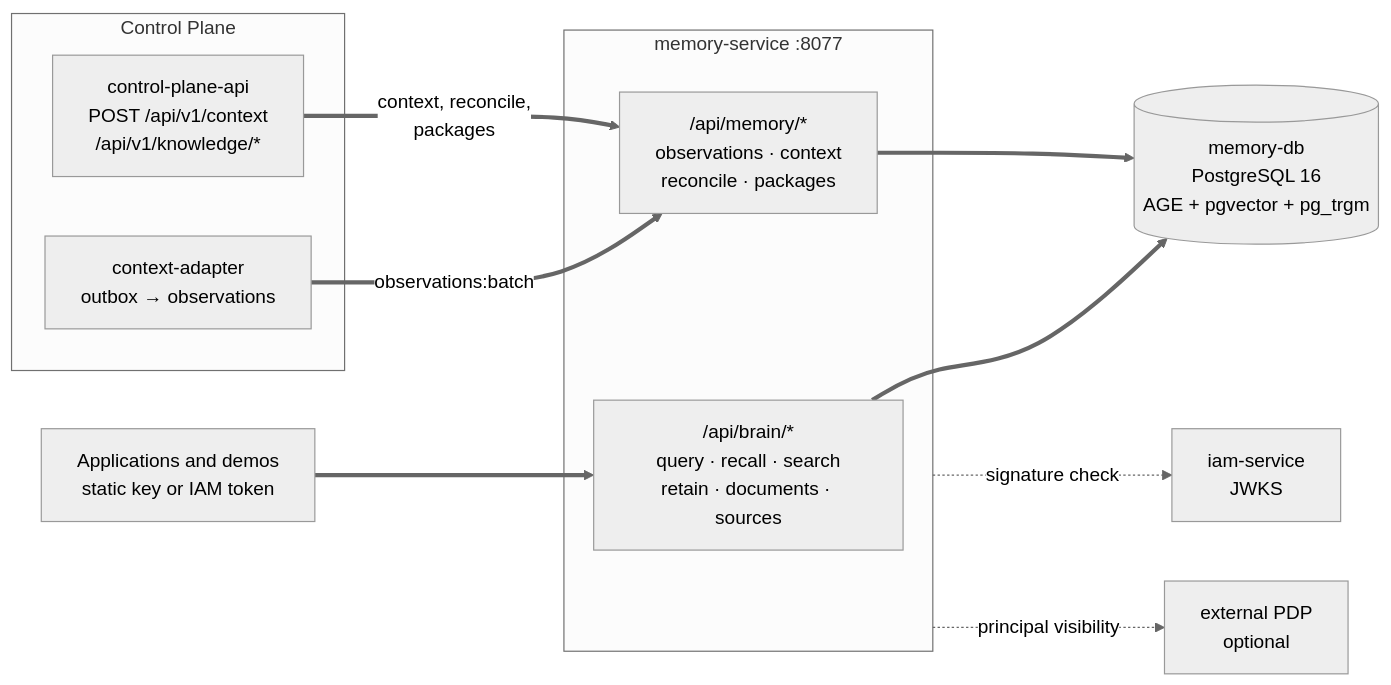
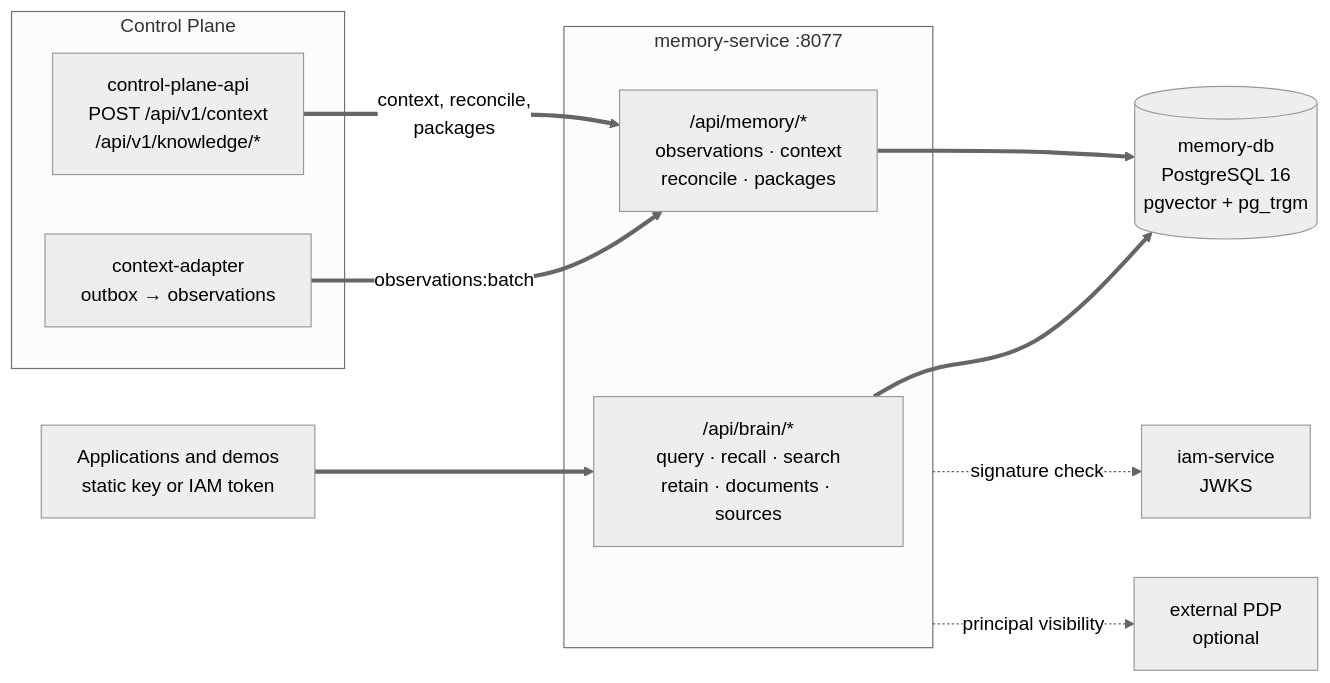
One commit to taimen-ai/taimen changed the diagram in guide/docs/memory/index.md. Above: the diagram before and after it, drawn with Mermaid (neutral theme). The commit also changed other lines of this file and 33 other files, not shown here.

Commit message:
guide: memory graph in PostgreSQL tables, not Apache AGE (regenerated from the platform guide)

````diff
--- a/guide/docs/memory/index.md
+++ b/guide/docs/memory/index.md
@@ -34,23 +34,23 @@
 ```mermaid
 flowchart LR
     subgraph CP[Control Plane]
         API[control-plane-api<br/>POST /api/v1/context<br/>/api/v1/knowledge/*]
         CA[context-adapter<br/>outbox → observations]
     end
     subgraph MEM[memory-service :8077]
         BRAIN["/api/brain/*<br/>query · recall · search<br/>retain · documents · sources"]
         MAPI["/api/memory/*<br/>observations · context<br/>reconcile · packages"]
     end
-    DB[(memory-db<br/>PostgreSQL 16<br/>AGE + pgvector + pg_trgm)]
+    DB[(memory-db<br/>PostgreSQL 16<br/>pgvector + pg_trgm)]
     IAM[iam-service<br/>JWKS]
     POL[external PDP<br/>optional]
     APP[Applications and demos<br/>static key or IAM token]
 
     CA == "observations:batch" ==> MAPI
     API == "context, reconcile,<br/>packages" ==> MAPI
     APP ==> BRAIN
     BRAIN ==> DB
     MAPI ==> DB
     MEM -. "signature check" .-> IAM
     MEM -. "principal visibility" .-> POL
 ```
````
